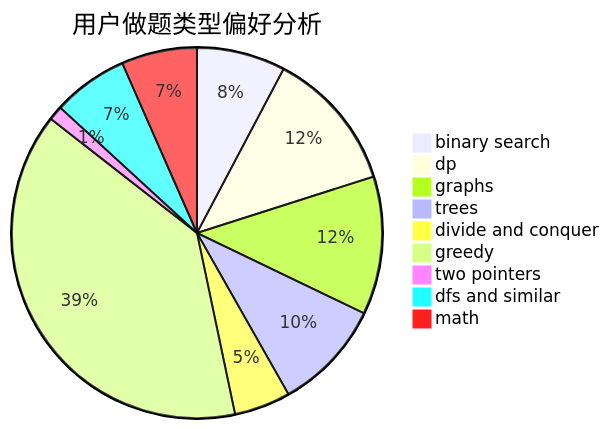
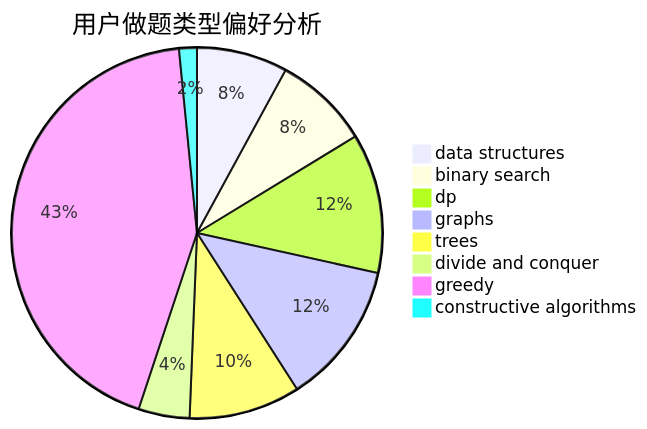
Before and after one commit to sherpahu/cfrs.github.io: the second of 3 diagrams in docs/user/u0.md, drawn with Mermaid. The commit also changed other lines of this file and 2775 other files, not shown here.

````diff
--- a/docs/user/u0.md
+++ b/docs/user/u0.md
@@ -23,12 +23,11 @@
 ```mermaid
 pie title 用户做题类型偏好分析
-    "binary search" :  129
-    "dp" :  206
-    "graphs" :  201
-    "trees" :  161
-    "divide and conquer" :  82
-    "greedy" :  648
-    "two pointers" :  21
-    "dfs and similar" :  110
-    "math" :  110
+    "data structures" :  112
+    "binary search" :  118
+    "dp" :  172
+    "graphs" :  176
+    "trees" :  137
+    "divide and conquer" :  63
+    "greedy" :  612
+    "constructive algorithms" :  22
 ```
````
